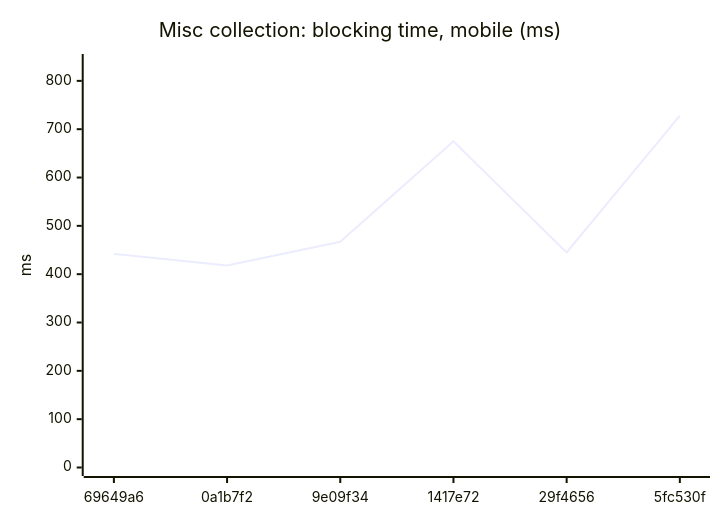
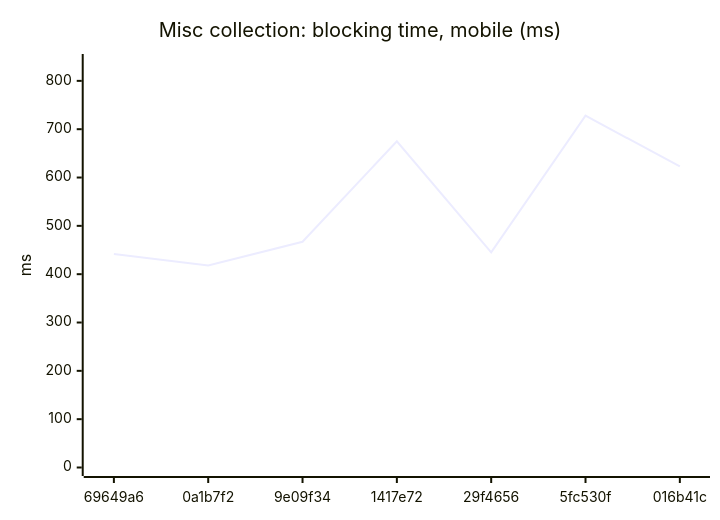
One commit to AxelUser/maltsev.space changed the tenth of 18 diagrams in README.md. Above: the diagram before and after it, drawn with Mermaid. The commit also changed other lines of this file and 1 other file, not shown here.

````diff
--- a/README.md
+++ b/README.md
@@ -115,7 +115,7 @@
 ```mermaid
 xychart-beta
   title "Misc collection: blocking time, mobile (ms)"
-  x-axis ["69649a6", "0a1b7f2", "9e09f34", "1417e72", "29f4656", "5fc530f"]
+  x-axis ["69649a6", "0a1b7f2", "9e09f34", "1417e72", "29f4656", "5fc530f", "016b41c"]
   y-axis "ms" 0 --> 838
-  line [442, 418, 467, 675, 445, 728]
+  line [442, 418, 467, 675, 445, 728, 623]
 ```
````
